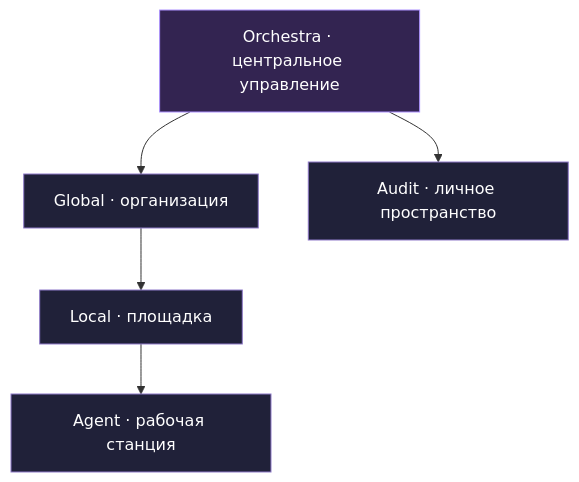
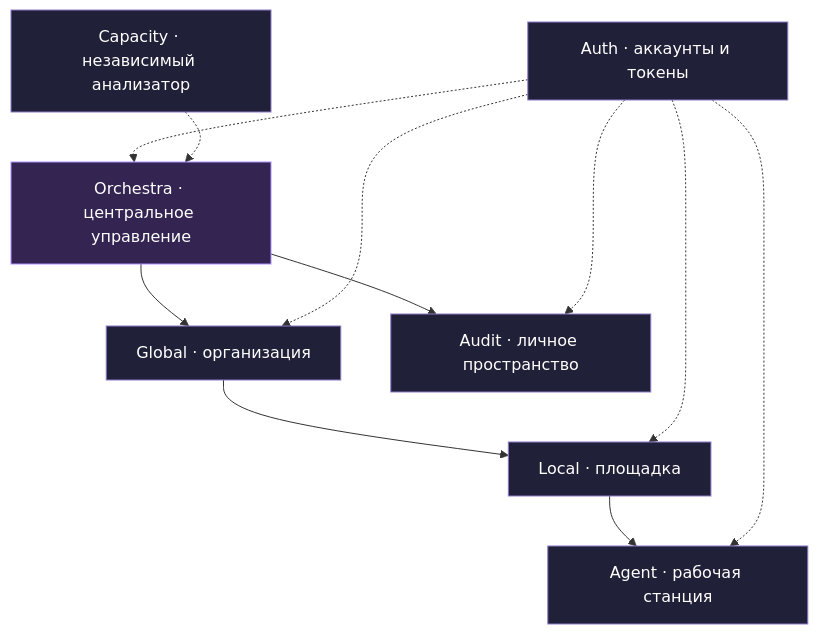
Before and after one commit to ZeroFantom/MysticEgo: the diagram in README.md, drawn with Mermaid. The commit also changed other lines of this file and 2 other files, not shown here.

Commit message:
Refresh README architecture, update policy, verification guide and development roadmap

````diff
--- a/README.md
+++ b/README.md
@@ -120,11 +135,17 @@
 ```mermaid
 flowchart TD
     O["Orchestra · центральное управление"] --> G["Global · организация"]
     G --> L["Local · площадка"]
     L --> A["Agent · рабочая станция"]
     O --> U["Audit · личное пространство"]
+    Auth["Auth · аккаунты и токены"] -.-> O
+    Auth -.-> G
+    Auth -.-> L
+    Auth -.-> A
+    Auth -.-> U
+    C["Capacity · независимый анализатор"] -.-> O
     classDef central fill:#332451,stroke:#ad91ff,color:#fff
     classDef node fill:#202139,stroke:#8f7ac9,color:#fff
     class O central
     class G,L,A,U node
 ```
````
